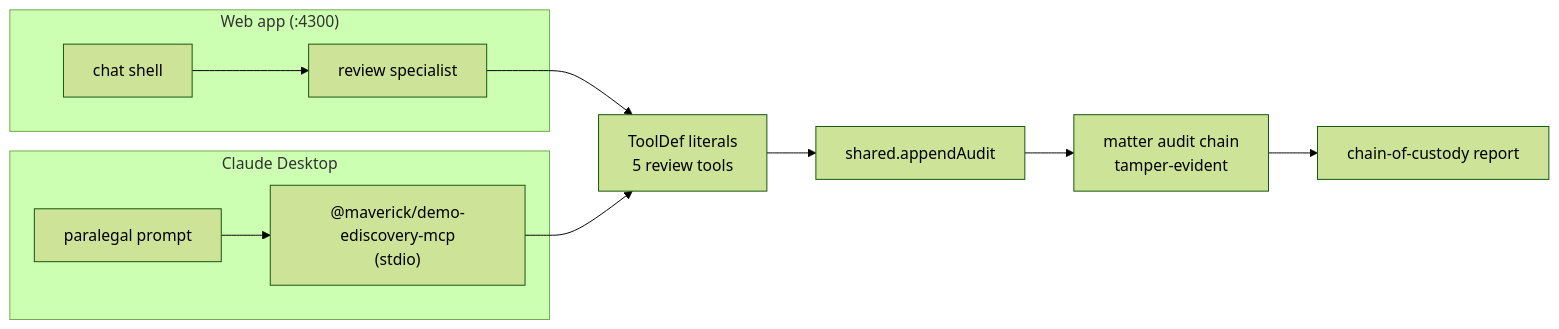
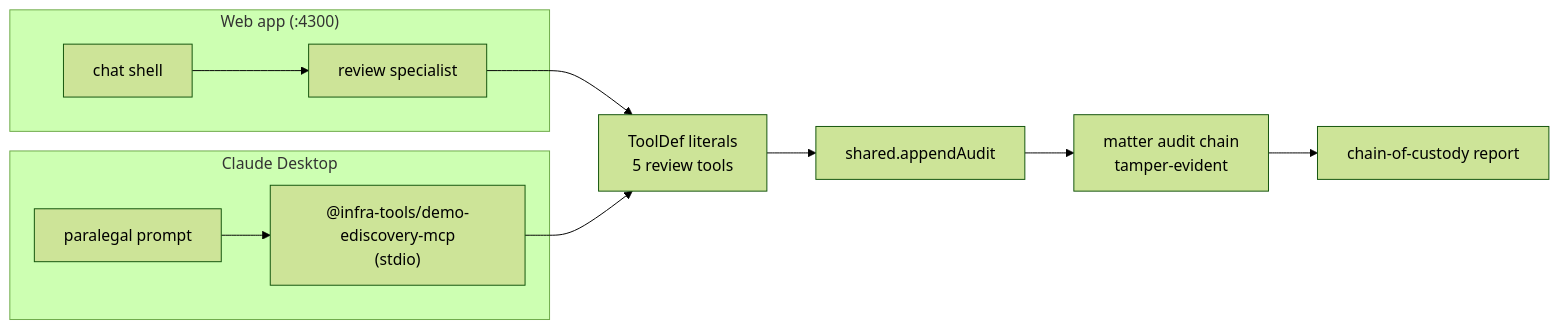
The diagram in docs/cookbook/paralegal-mcp-review.md (sahassakhare/agentic-ui), drawn with Mermaid (forest theme) before and after one commit. The commit also changed other lines of this file and 260 other files, not shown here.

First line of the commit message:
chore: rename npm scope from @maverick to @infra-tools

````diff
--- a/docs/cookbook/paralegal-mcp-review.md
+++ b/docs/cookbook/paralegal-mcp-review.md
@@ -32,14 +32,14 @@
 ```mermaid
 flowchart LR
     subgraph "Web app (:4300)"
       A[chat shell] --> B[review specialist]
     end
     subgraph "Claude Desktop"
-      C[paralegal prompt] --> D["@maverick/demo-ediscovery-mcp<br/>(stdio)"]
+      C[paralegal prompt] --> D["@infra-tools/demo-ediscovery-mcp<br/>(stdio)"]
     end
     B --> H[ToolDef literals<br/>5 review tools]
     D --> H
     H --> E[shared.appendAudit]
     E --> F[matter audit chain<br/>tamper-evident]
     F --> G[chain-of-custody report]
 ```
````
